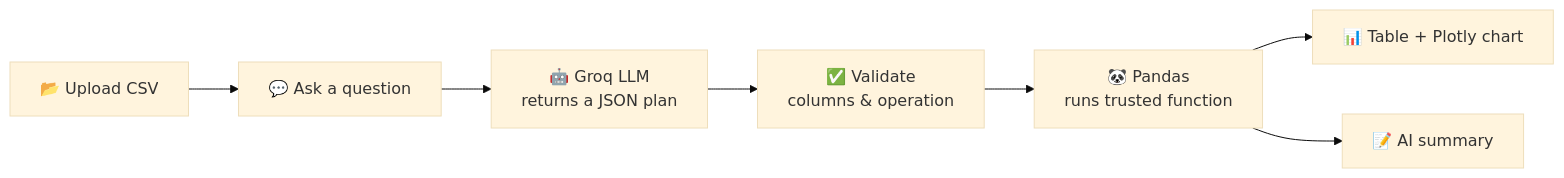
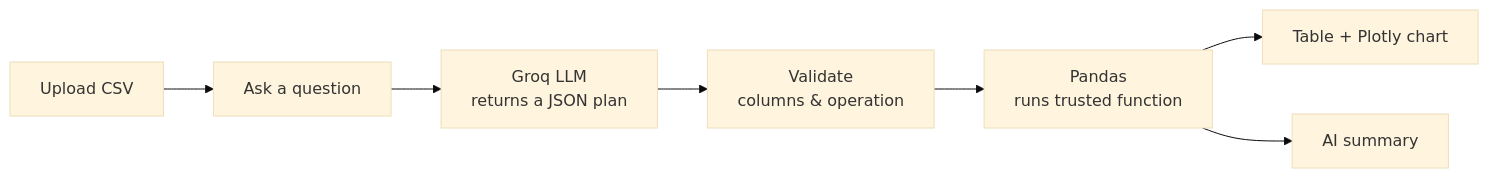
The diagram in README.md (arghodubey38-ui/ai-data-analyst), drawn with Mermaid (base theme) before and after one commit. The commit also changed other lines of this file, not shown here.

````diff
--- a/README.md
+++ b/README.md
@@ -42,9 +42,9 @@
 ```mermaid
 flowchart LR
-    A[📂 Upload CSV] --> B[💬 Ask a question]
-    B --> C[🤖 Groq LLM<br/>returns a JSON plan]
-    C --> D[✅ Validate<br/>columns & operation]
-    D --> E[🐼 Pandas<br/>runs trusted function]
-    E --> F[📊 Table + Plotly chart]
-    E --> G[📝 AI summary]
+    A[ Upload CSV] --> B[ Ask a question]
+    B --> C[ Groq LLM<br/>returns a JSON plan]
+    C --> D[ Validate<br/>columns & operation]
+    D --> E[ Pandas<br/>runs trusted function]
+    E --> F[ Table + Plotly chart]
+    E --> G[ AI summary]
 ```
````
